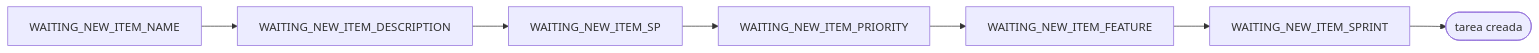
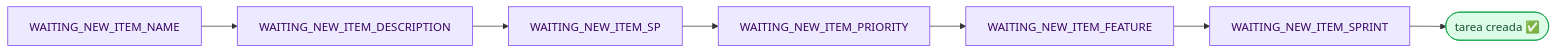
The second of 2 diagrams in website/docs/flows/bot.md (LosPapois/LosPapois_TaskTuner), drawn with Mermaid before and after one commit. The commit also changed other lines of this file and 6 other files, not shown here.

First line of the commit message:
feat(docs): add colors to all Mermaid diagrams

````diff
--- a/website/docs/flows/bot.md
+++ b/website/docs/flows/bot.md
@@ -33,12 +45,18 @@
 ```mermaid
 flowchart LR
     N1[WAITING_NEW_ITEM_NAME]
     N2[WAITING_NEW_ITEM_DESCRIPTION]
     N3[WAITING_NEW_ITEM_SP]
     N4[WAITING_NEW_ITEM_PRIORITY]
     N5[WAITING_NEW_ITEM_FEATURE]
     N6[WAITING_NEW_ITEM_SPRINT]
-    Done([tarea creada])
+    Done([tarea creada ✅])
 
     N1 --> N2 --> N3 --> N4 --> N5 --> N6 --> Done
+
+    classDef step fill:#EDE9FE,stroke:#7C3AED,color:#3B0764
+    classDef done fill:#DCFCE7,stroke:#16A34A,color:#14532D
+
+    class N1,N2,N3,N4,N5,N6 step
+    class Done done
 ```
````
